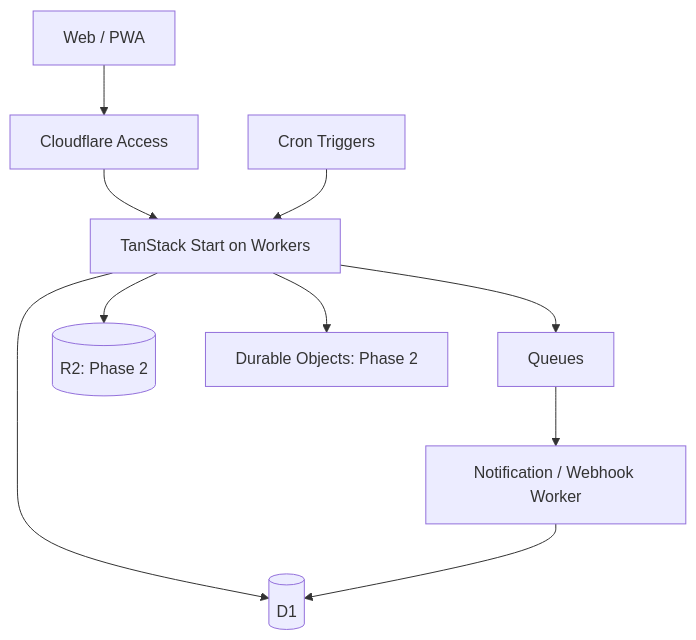
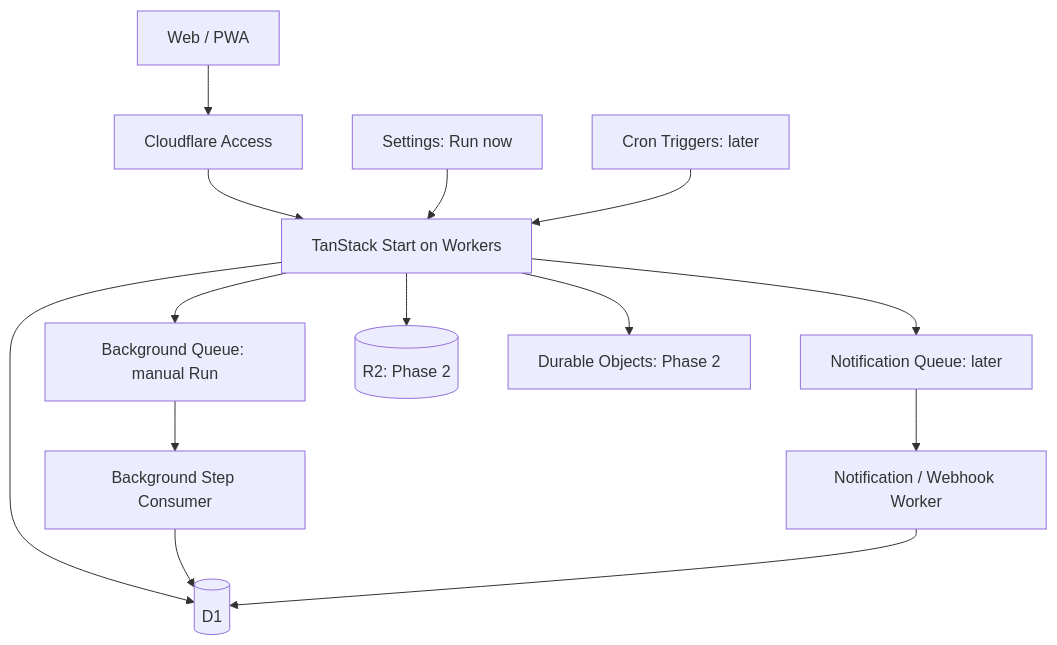
The first of 2 diagrams in docs/requirements/04-architecture.md (yushi265/orbit), drawn with Mermaid before and after one commit. The commit also changed other lines of this file and 7 other files, not shown here.

````diff
--- a/docs/requirements/04-architecture.md
+++ b/docs/requirements/04-architecture.md
@@ -36,12 +36,16 @@
 ```mermaid
 flowchart TD
   U[Web / PWA] --> A[Cloudflare Access]
   A --> W[TanStack Start on Workers]
+  M[Settings: Run now] --> W
   W --> D[(D1)]
-  W --> Q[Queues]
+  W --> QB[Background Queue: manual Run]
+  W --> QN[Notification Queue: later]
   W --> R[(R2: Phase 2)]
   W --> O[Durable Objects: Phase 2]
-  C[Cron Triggers] --> W
-  Q --> N[Notification / Webhook Worker]
+  C[Cron Triggers: later] --> W
+  QB --> B[Background Step Consumer]
+  B --> D
+  QN --> N[Notification / Webhook Worker]
   N --> D
 ```
````
